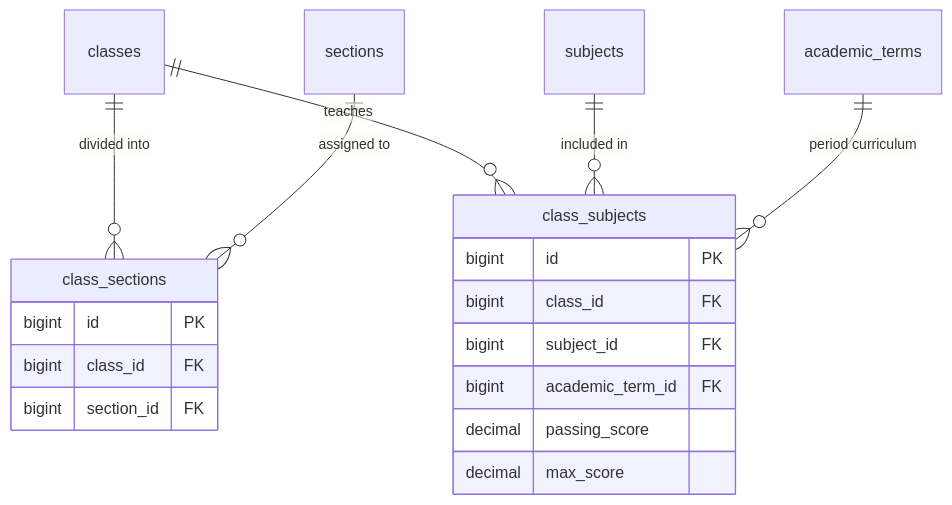
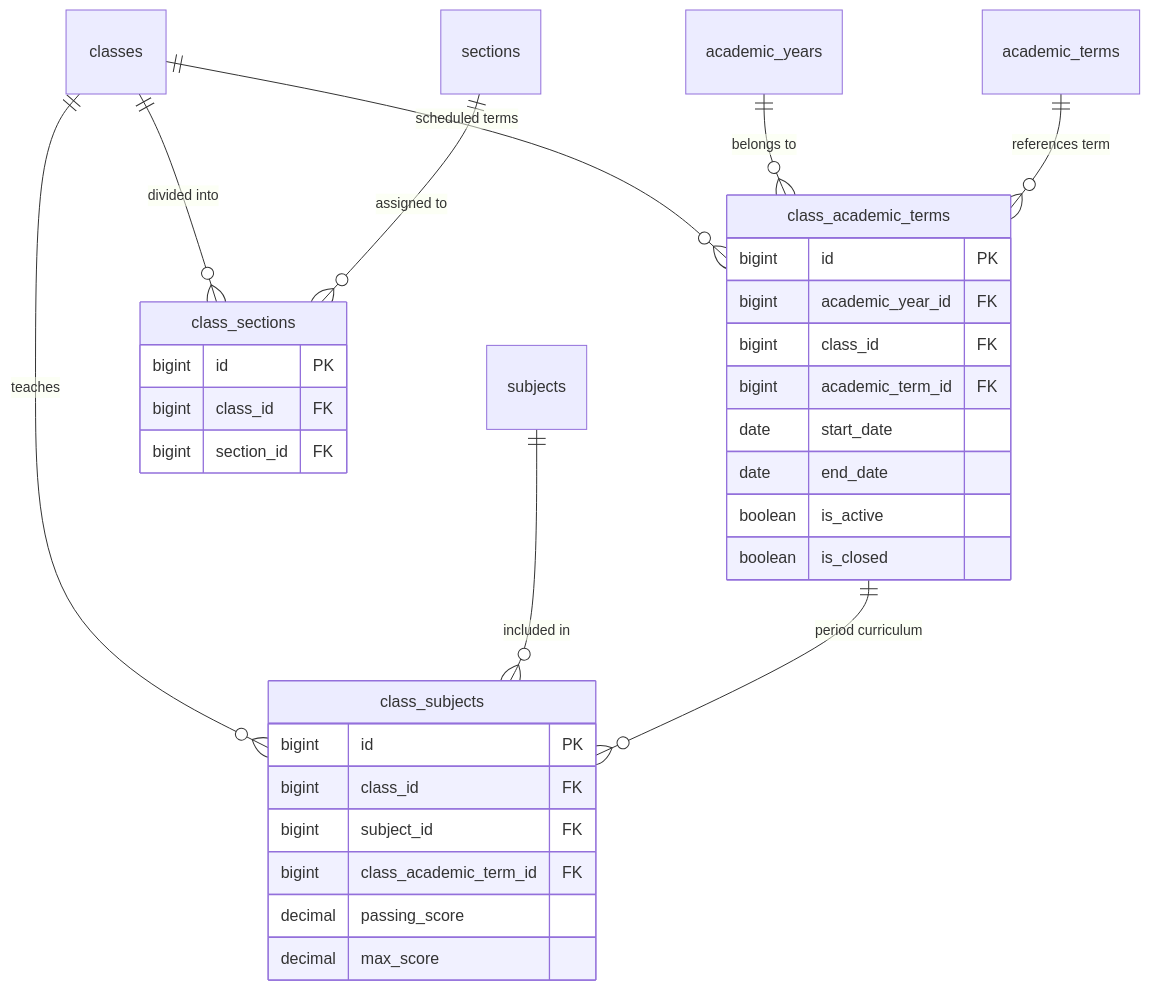
One commit to alalemusa98-ctrl/Taqniya-SMS changed the diagram in MD/phases/phase_02_academic_structure_c/data.md. Above: the diagram before and after it, drawn with Mermaid. The commit also changed other lines of this file and 14 other files, not shown here.

````diff
--- a/MD/phases/phase_02_academic_structure_c/data.md
+++ b/MD/phases/phase_02_academic_structure_c/data.md
@@ -57,23 +88,37 @@
 ```mermaid
 erDiagram
+    classes ||--o{ class_academic_terms : "scheduled terms"
+    academic_years ||--o{ class_academic_terms : "belongs to"
+    academic_terms ||--o{ class_academic_terms : "references term"
     classes ||--o{ class_sections : "divided into"
     sections ||--o{ class_sections : "assigned to"
     classes ||--o{ class_subjects : "teaches"
     subjects ||--o{ class_subjects : "included in"
-    academic_terms ||--o{ class_subjects : "period curriculum"
+    class_academic_terms ||--o{ class_subjects : "period curriculum"
+
+    class_academic_terms {
+        bigint id PK
+        bigint academic_year_id FK
+        bigint class_id FK
+        bigint academic_term_id FK
+        date start_date
+        date end_date
+        boolean is_active
+        boolean is_closed
+    }
 
     class_sections {
         bigint id PK
         bigint class_id FK
         bigint section_id FK
     }
 
     class_subjects {
         bigint id PK
         bigint class_id FK
         bigint subject_id FK
-        bigint academic_term_id FK
+        bigint class_academic_term_id FK
         decimal passing_score
         decimal max_score
     }
 ```
````
